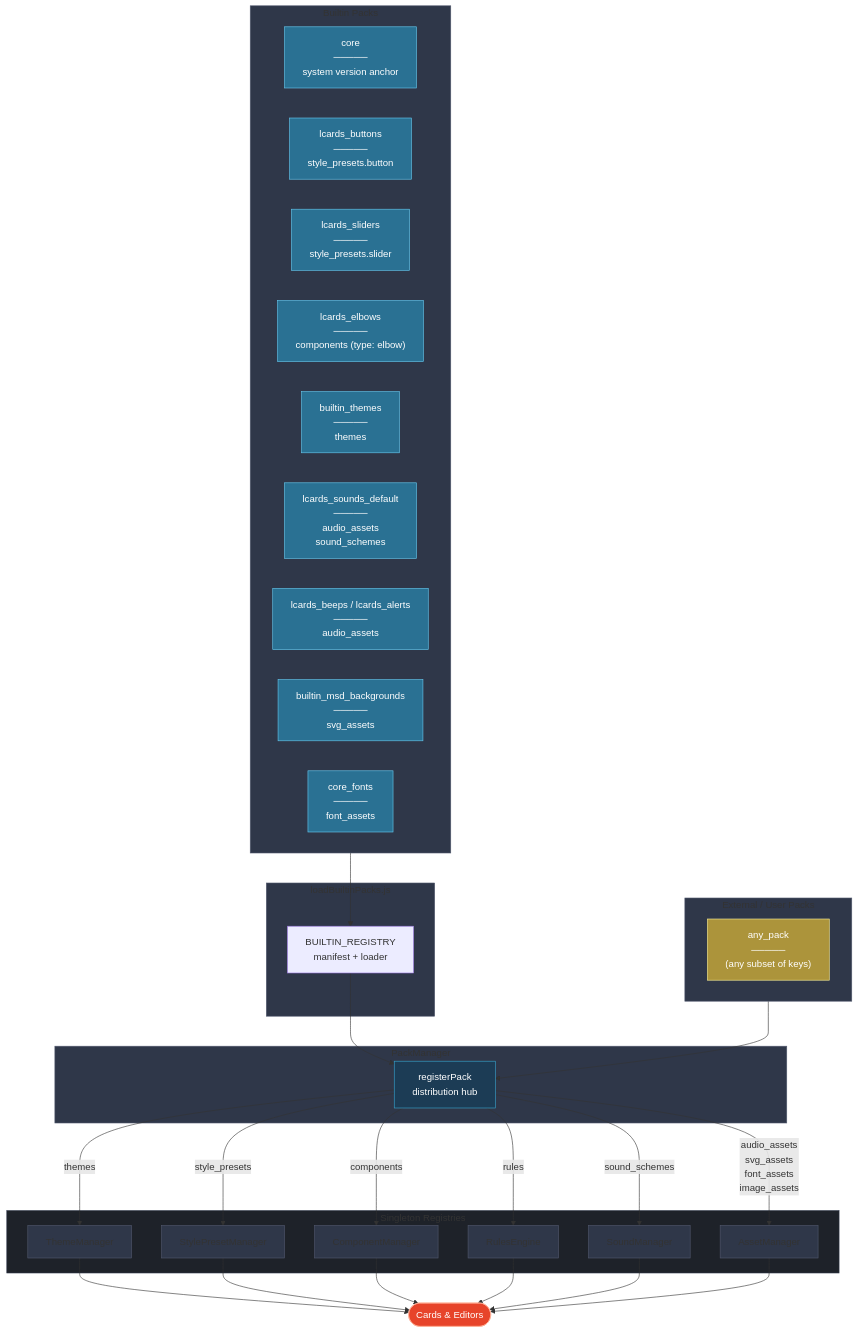
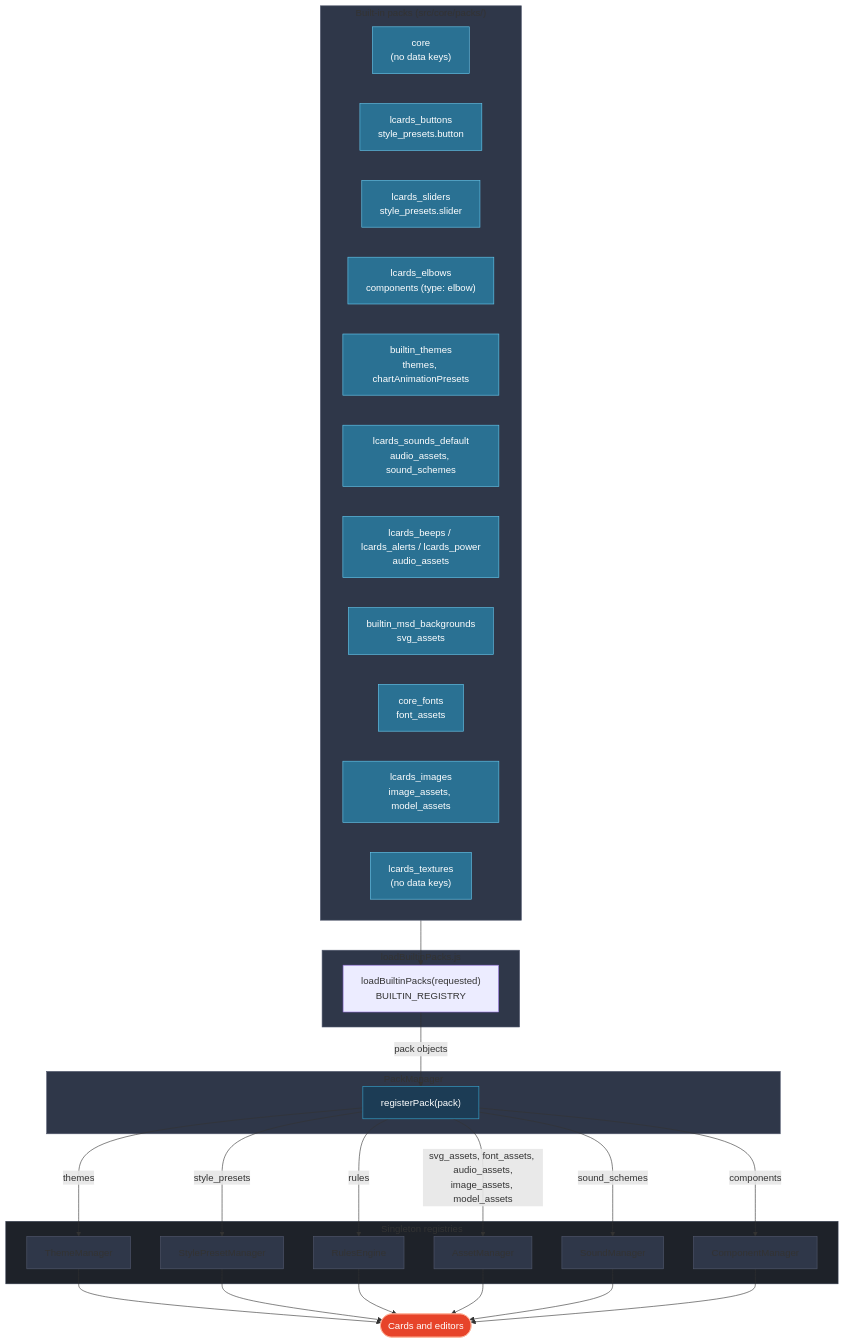
One commit to snootched/lcards changed the first of 2 diagrams in doc/architecture/subsystems/pack-system.md. Above: the diagram before and after it, drawn with Mermaid. The commit also changed other lines of this file and 116 other files, not shown here.

````diff
--- a/doc/architecture/subsystems/pack-system.md
+++ b/doc/architecture/subsystems/pack-system.md
@@ -18,60 +20,55 @@
 ```mermaid
 flowchart TB
-    subgraph BuiltinPacks["Builtin Packs"]
-        P1["core\n─────\nsystem version anchor"]:::builtinPacksStyle
-        P2["lcards_buttons\n─────\nstyle_presets.button"]:::builtinPacksStyle
-        P3["lcards_sliders\n─────\nstyle_presets.slider"]:::builtinPacksStyle
-        P4["lcards_elbows\n─────\ncomponents (type: elbow)"]:::builtinPacksStyle
-        P5["builtin_themes\n─────\nthemes"]:::builtinPacksStyle
-        P6["lcards_sounds_default\n─────\naudio_assets\nsound_schemes"]:::builtinPacksStyle
-        P7["lcards_beeps / lcards_alerts\n─────\naudio_assets"]:::builtinPacksStyle
-        P8["builtin_msd_backgrounds\n─────\nsvg_assets"]:::builtinPacksStyle
-        P9["core_fonts\n─────\nfont_assets"]:::builtinPacksStyle
-    end
-
-    subgraph ExternalPacks["External / User Packs"]
-        E1["any_pack\n─────\n(any subset of keys)"]:::externalPacksStyle
+    subgraph BuiltinPacks["Built-in packs (src/core/packs/)"]
+        P1["core<br/>(no data keys)"]:::builtinPacksStyle
+        P2["lcards_buttons<br/>style_presets.button"]:::builtinPacksStyle
+        P3["lcards_sliders<br/>style_presets.slider"]:::builtinPacksStyle
+        P4["lcards_elbows<br/>components (type: elbow)"]:::builtinPacksStyle
+        P5["builtin_themes<br/>themes, chartAnimationPresets"]:::builtinPacksStyle
+        P6["lcards_sounds_default<br/>audio_assets, sound_schemes"]:::builtinPacksStyle
+        P7["lcards_beeps / lcards_alerts / lcards_power<br/>audio_assets"]:::builtinPacksStyle
+        P8["builtin_msd_backgrounds<br/>svg_assets"]:::builtinPacksStyle
+        P9["core_fonts<br/>font_assets"]:::builtinPacksStyle
+        P10["lcards_images<br/>image_assets, model_assets"]:::builtinPacksStyle
+        P11["lcards_textures<br/>(no data keys)"]:::builtinPacksStyle
     end
 
     subgraph Loader["loadBuiltinPacks.js"]
-        LBP[BUILTIN_REGISTRY\nmanifest + loader]
+        LBP["loadBuiltinPacks(requested)<br/>BUILTIN_REGISTRY"]
     end
 
     subgraph PackMgr["PackManager"]
-        PM[registerPack\ndistribution hub]
+        PM["registerPack(pack)"]
     end
 
-    subgraph Registries["Singleton Registries"]
+    subgraph Registries["Singleton registries"]
         TM[ThemeManager]:::coreStyle
         SPM[StylePresetManager]:::coreStyle
+        RE[RulesEngine]:::coreStyle
+        AM[AssetManager]:::coreStyle
+        SM[SoundManager]:::coreStyle
         CM[ComponentManager]:::coreStyle
-        RE[RulesEngine]:::coreStyle
-        SM[SoundManager]:::coreStyle
-        AM[AssetManager]:::coreStyle
     end
 
     BuiltinPacks --> LBP
-    ExternalPacks --> PM
-    LBP --> PM
+    LBP -->|"pack objects"| PM
 
-    PM -->|themes| TM
-    PM -->|style_presets| SPM
-    PM -->|components| CM
-    PM -->|rules| RE
-    PM -->|sound_schemes| SM
-    PM -->|audio_assets\nsvg_assets\nfont_assets\nimage_assets| AM
+    PM -->|"themes"| TM
+    PM -->|"style_presets"| SPM
+    PM -->|"rules"| RE
+    PM -->|"svg_assets, font_assets, audio_assets,<br/>image_assets, model_assets"| AM
+    PM -->|"sound_schemes"| SM
+    PM -->|"components"| CM
 
-    TM & SPM & CM & RE & SM & AM --> Cards([Cards & Editors])
+    TM & SPM & RE & AM & SM & CM --> Cards([Cards and editors])
 
     style BuiltinPacks fill:#2f3749,stroke:#52596e
-    style ExternalPacks fill:#2f3749,stroke:#52596e
     style Registries fill:#1e2229,stroke:#2f3749
     style Cards fill:#e7442a,stroke:#ffb399,color:#fff
     style PM fill:#1c3c55,stroke:#37a6d1,color:#fff
     style PackMgr fill:#2f3749,stroke:#52596e
     style Loader fill:#2f3749,stroke:#52596e
 
     classDef builtinPacksStyle fill:#2a7193,stroke:#67caf0,color:#fff
-    classDef externalPacksStyle fill:#ac943b,stroke:#f9ef97,color:#fff
     classDef coreStyle fill:#2f3749,stroke:#52596e
 ```
````
